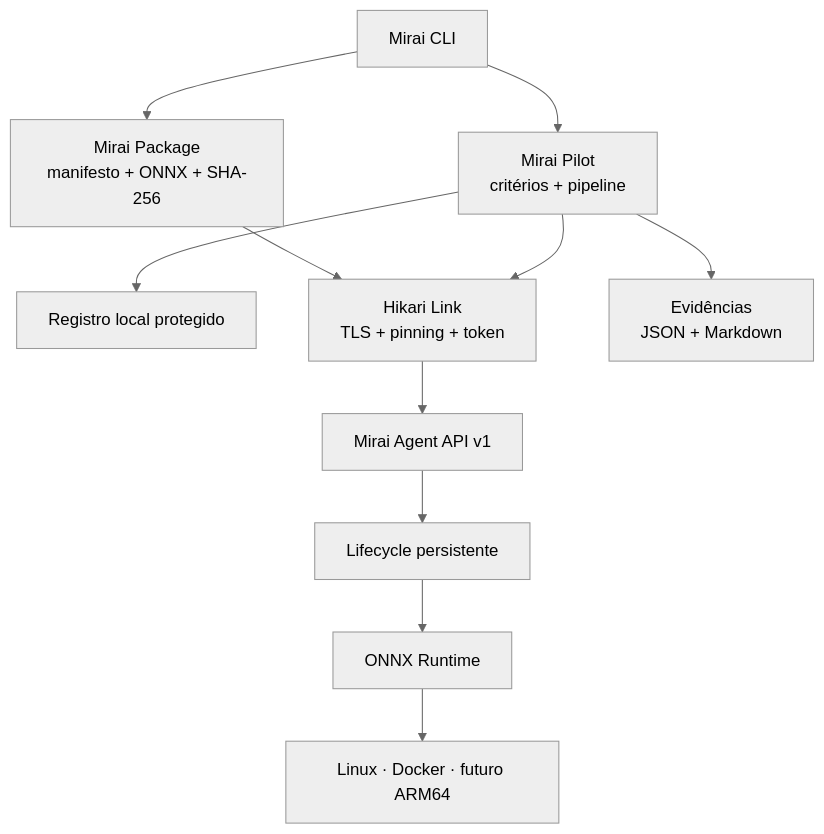
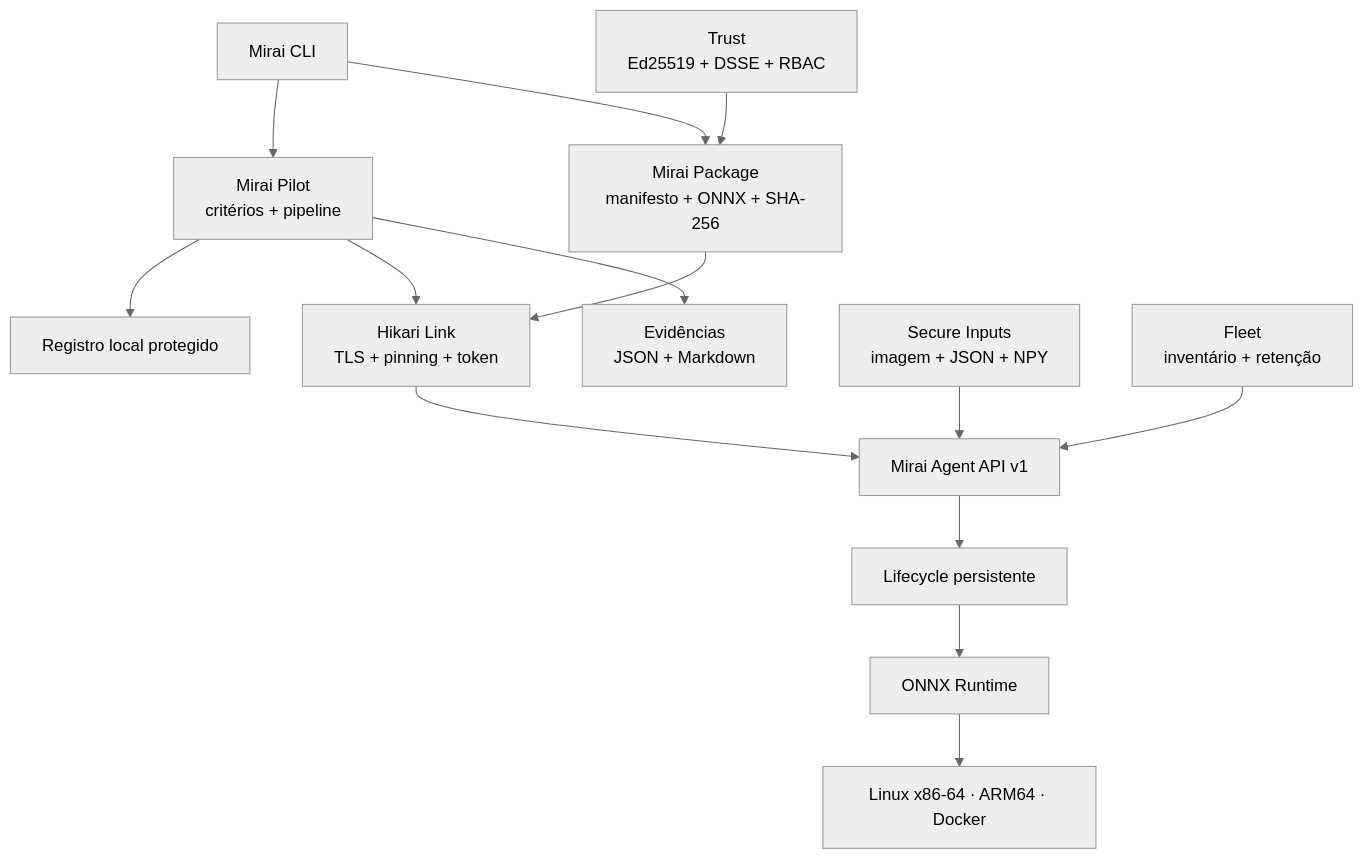
Before and after one commit to start6202783-dotcom/MiraiOS: the diagram in README.md, drawn with Mermaid (neutral theme). The commit also changed other lines of this file and 32 other files, not shown here.

Commit message:
v0.11.0: trust, fleet e secure inputs

````diff
--- a/README.md
+++ b/README.md
@@ -116,24 +122,30 @@
 ```mermaid
 flowchart TD
     CLI["Mirai CLI"]
     PILOT["Mirai Pilot<br/>critérios + pipeline"]
     REG["Registro local protegido"]
     LINK["Hikari Link<br/>TLS + pinning + token"]
+    TRUST["Trust<br/>Ed25519 + DSSE + RBAC"]
     API["Mirai Agent API v1"]
     PKG["Mirai Package<br/>manifesto + ONNX + SHA-256"]
     LIFE["Lifecycle persistente"]
     ORT["ONNX Runtime"]
     REPORT["Evidências<br/>JSON + Markdown"]
-    EDGE["Linux · Docker · futuro ARM64"]
+    INPUT["Secure Inputs<br/>imagem + JSON + NPY"]
+    FLEET["Fleet<br/>inventário + retenção"]
+    EDGE["Linux x86-64 · ARM64 · Docker"]
 
     CLI --> PILOT
     PILOT --> REG
     CLI --> PKG
     PKG --> LINK
+    TRUST --> PKG
     PILOT --> LINK
     LINK --> API
+    INPUT --> API
     API --> LIFE
+    FLEET --> API
     LIFE --> ORT
     ORT --> EDGE
     PILOT --> REPORT
 ```
````
